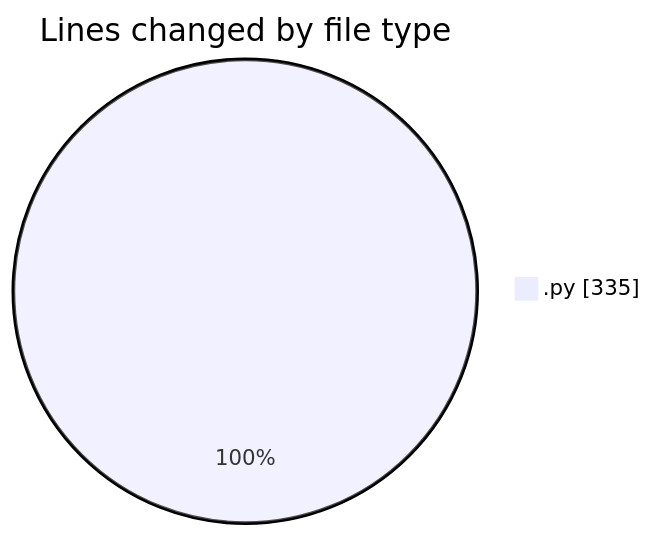
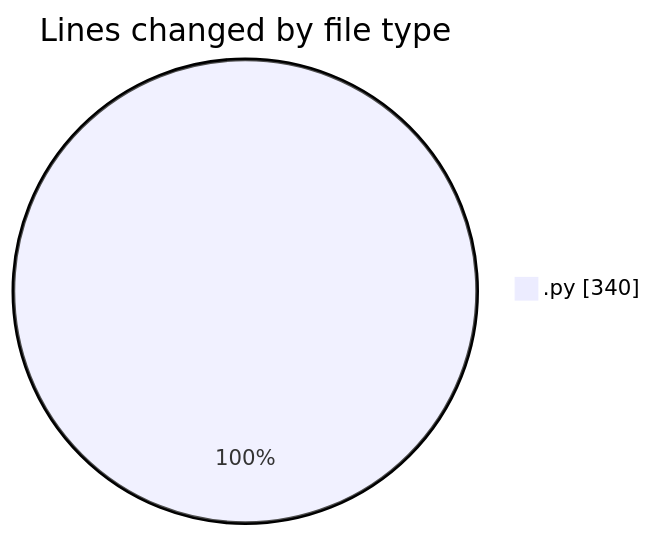
One commit to julien-gomy/code-tracking changed the first of 2 diagrams in 2025-10-22/eventscop-api-guide__workspace_/README.md. Above: the diagram before and after it, drawn with Mermaid. The commit also changed other lines of this file and 1 other file, not shown here.

````diff
--- a/2025-10-22/eventscop-api-guide__workspace_/README.md
+++ b/2025-10-22/eventscop-api-guide__workspace_/README.md
@@ -25,5 +25,5 @@
 ```mermaid
 pie showData
 title Lines changed by file type
-".py" : 335
+".py" : 340
 ```
````
